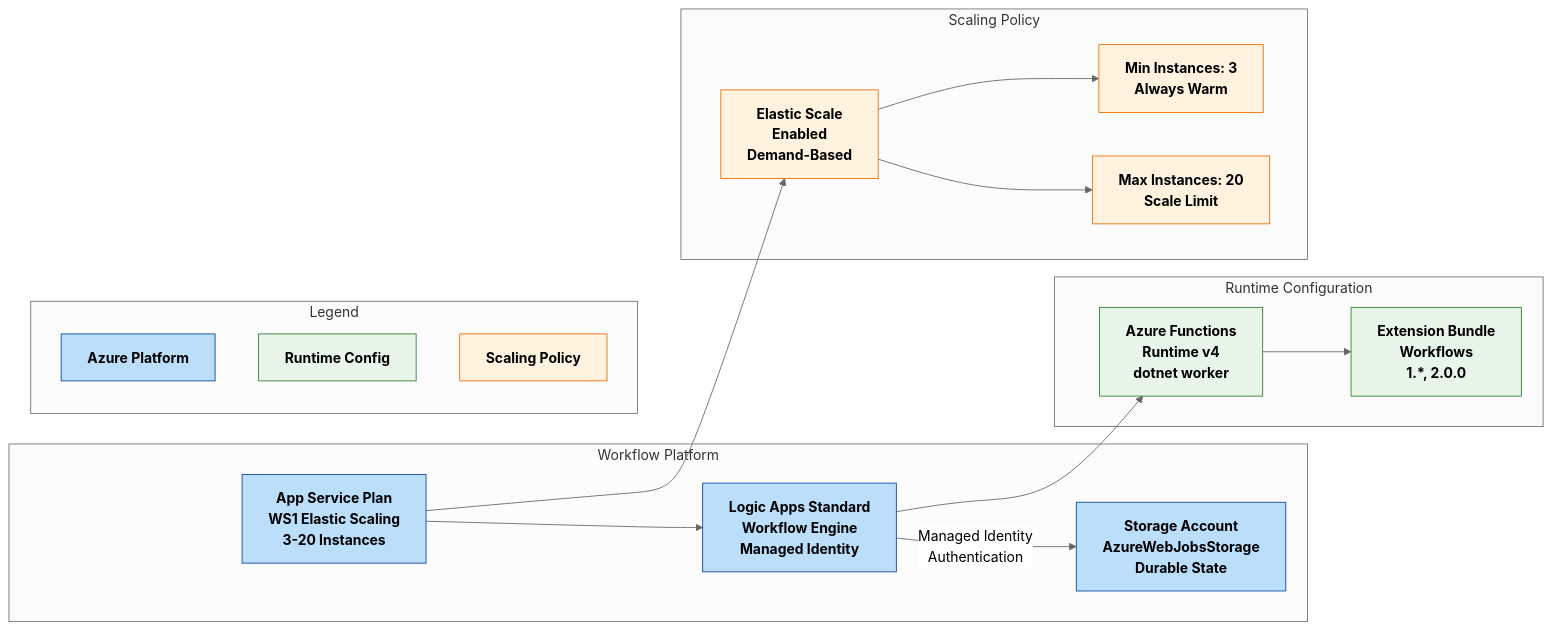
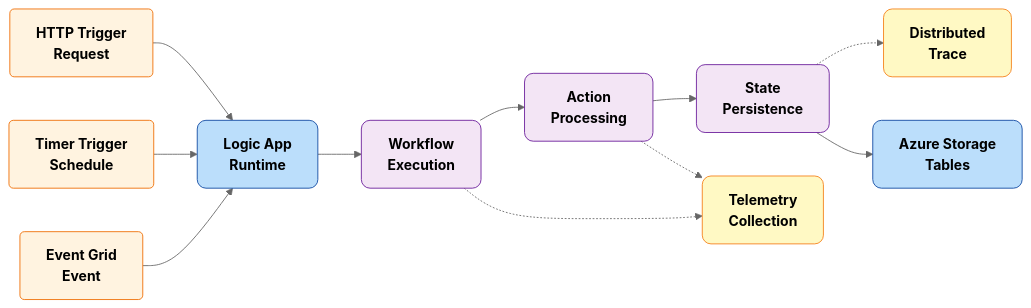
One commit to Evilazaro/Azure-LogicApps-Monitoring changed the fifth of 6 diagrams in README.md. Above: the diagram before and after it, drawn with Mermaid (neutral theme). The commit also changed other lines of this file, not shown here.

````diff
--- a/README.md
+++ b/README.md
@@ -523,42 +357,35 @@
 ```mermaid
 flowchart LR
-    subgraph "Workflow Platform"
-        ASP[App Service Plan<br/>WS1 Elastic Scaling<br/>3-20 Instances]
-        LA[Logic Apps Standard<br/>Workflow Engine<br/>Managed Identity]
-        STORAGE[Storage Account<br/>AzureWebJobsStorage<br/>Durable State]
-    end
-
-    subgraph "Runtime Configuration"
-        FUNC[Azure Functions<br/>Runtime v4<br/>dotnet worker]
-        EXT[Extension Bundle<br/>Workflows<br/>1.*, 2.0.0]
-    end
-
-    subgraph "Scaling Policy"
-        MIN[Min Instances: 3<br/>Always Warm]
-        MAX[Max Instances: 20<br/>Scale Limit]
-        AUTO[Elastic Scale<br/>Enabled<br/>Demand-Based]
-    end
-
-    ASP --> LA
-    LA -->|Managed Identity<br/>Authentication| STORAGE
-    LA --> FUNC
-    FUNC --> EXT
-    ASP --> AUTO
-    AUTO --> MIN
-    AUTO --> MAX
-
-    classDef azure fill:#BBDEFB,stroke:#0D47A1,color:#000,font-weight:bold;
-    classDef runtime fill:#E8F5E9,stroke:#2E7D32,color:#000,font-weight:bold;
-    classDef scaling fill:#FFF3E0,stroke:#EF6C00,color:#000,font-weight:bold;
-
-    class ASP,LA,STORAGE azure;
-    class FUNC,EXT runtime;
-    class MIN,MAX,AUTO scaling;
+    T1[HTTP Trigger<br/>Request]:::event
+    T2[Timer Trigger<br/>Schedule]:::event
+    T3[Event Grid<br/>Event]:::event
     
-    %% Legend
-    subgraph Legend
-        L1[Azure Platform]:::azure
-        L2[Runtime Config]:::runtime
-        L3[Scaling Policy]:::scaling
-    end
+    R1[Logic App<br/>Runtime]:::azure
+    
+    W1[Workflow<br/>Execution]:::tech
+    W2[Action<br/>Processing]:::tech
+    W3[State<br/>Persistence]:::tech
+    
+    M1[Telemetry<br/>Collection]:::monitor
+    M2[Distributed<br/>Trace]:::monitor
+    
+    T1 --> R1
+    T2 --> R1
+    T3 --> R1
+    
+    R1 --> W1
+    W1 --> W2
+    W2 --> W3
+    
+    W1 -.-> M1
+    W2 -.-> M1
+    W3 -.-> M2
+    
+    S1[Azure Storage<br/>Tables]:::azure
+    W3 --> S1
+    
+    classDef event fill:#FFF3E0,stroke:#EF6C00,color:#000,font-weight:bold,rx:5,ry:5;
+    classDef tech fill:#F3E5F5,stroke:#6A1B9A,color:#000,font-weight:bold,rx:10,ry:10;
+    classDef azure fill:#BBDEFB,stroke:#0D47A1,color:#000,font-weight:bold,rx:10,ry:10;
+    classDef monitor fill:#FFF9C4,stroke:#F57F17,color:#000,font-weight:bold,rx:10,ry:10;
 ```
````
